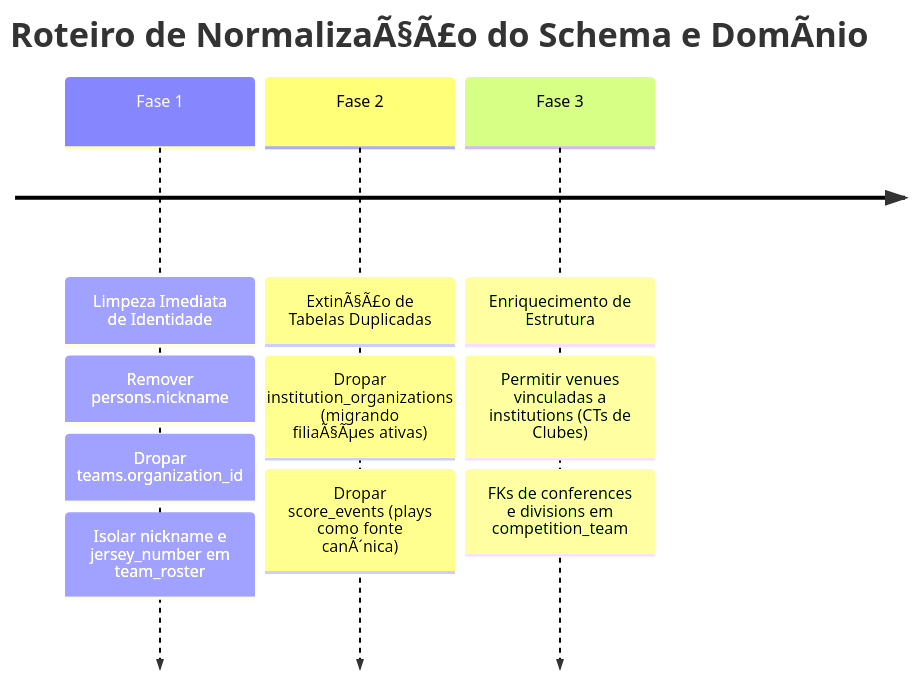
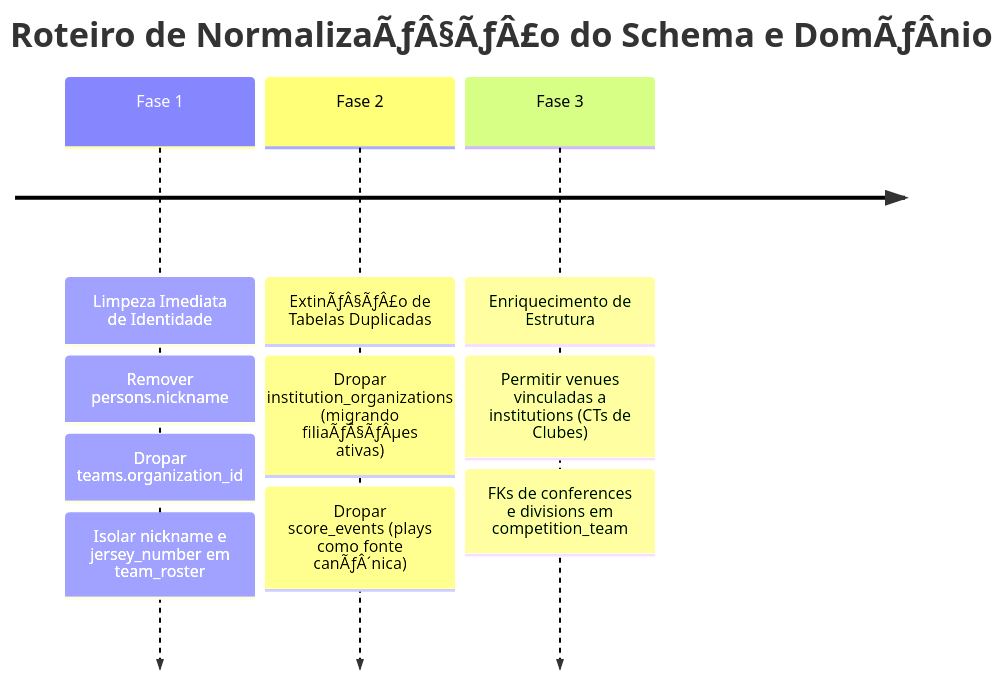
The third of 3 diagrams in architecture/analise-profunda-conflitos-e-incoerencias-modelo-dados.md (cesargranelli/flag_platform_docs), drawn with Mermaid before and after one commit. The commit also changed other lines of this file, not shown here.

Commit message:
docs(architecture): consolida conclusao das fases 1, 2 e 3 da normalizacao do modelo de dados

````diff
--- a/architecture/analise-profunda-conflitos-e-incoerencias-modelo-dados.md
+++ b/architecture/analise-profunda-conflitos-e-incoerencias-modelo-dados.md
@@ -236,7 +236,7 @@
 ```mermaid
 timeline
-    title Roteiro de NormalizaÃ§Ã£o do Schema e DomÃ­nio
+    title Roteiro de NormalizaÃƒÂ§ÃƒÂ£o do Schema e DomÃƒÂ­nio
     Fase 1 : Limpeza Imediata de Identidade : Remover persons.nickname : Dropar teams.organization_id : Isolar nickname e jersey_number em team_roster
-    Fase 2 : ExtinÃ§Ã£o de Tabelas Duplicadas : Dropar institution_organizations (migrando filiaÃ§Ãµes ativas) : Dropar score_events (plays como fonte canÃ´nica)
+    Fase 2 : ExtinÃƒÂ§ÃƒÂ£o de Tabelas Duplicadas : Dropar institution_organizations (migrando filiaÃƒÂ§ÃƒÂµes ativas) : Dropar score_events (plays como fonte canÃƒÂ´nica)
     Fase 3 : Enriquecimento de Estrutura : Permitir venues vinculadas a institutions (CTs de Clubes) : FKs de conferences e divisions em competition_team
 ```
````
